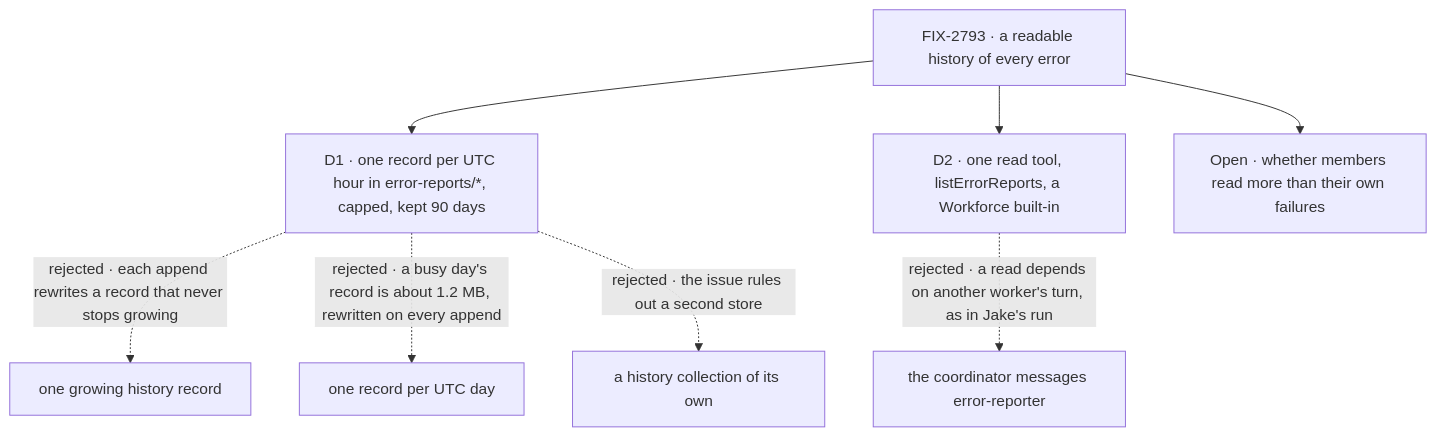
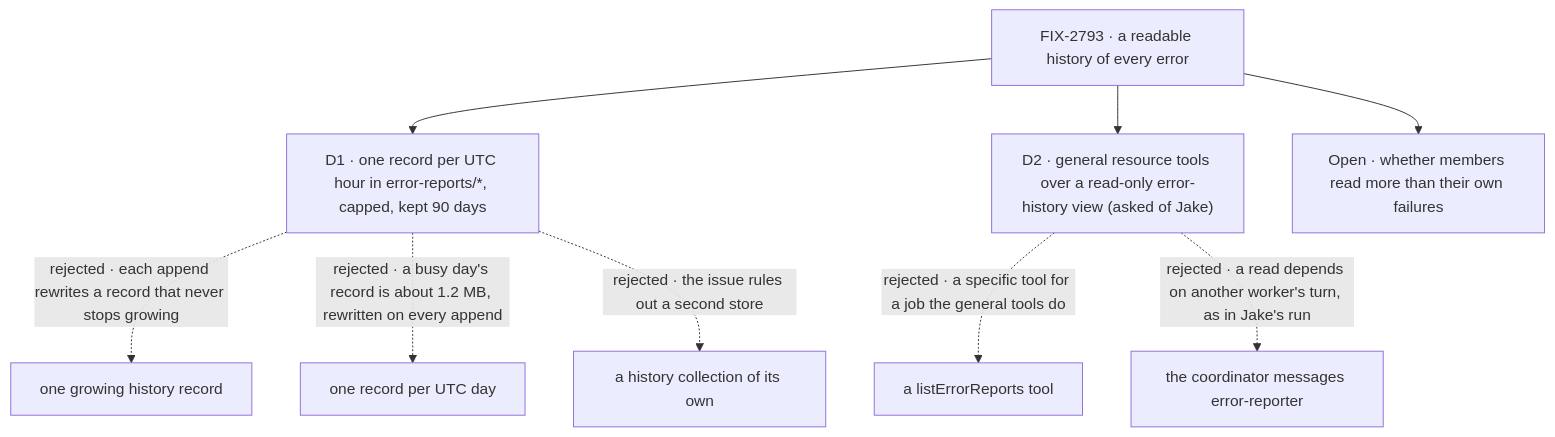
One commit to fixpoint-labs/flow-state-dev changed the diagram in specs/issues/FIX-2793/DECISIONS.md. Above: the diagram before and after it, drawn with Mermaid. The commit also changed other lines of this file and 3 other files, not shown here.

First line of the commit message:
spec(FIX-2793): read the history with general resource tools over a projected view

````diff
--- a/specs/issues/FIX-2793/DECISIONS.md
+++ b/specs/issues/FIX-2793/DECISIONS.md
@@ -12,10 +13,11 @@
 ```mermaid
 flowchart TD
   I["FIX-2793 · a readable history of every error"] --> D1["D1 · one record per UTC hour in error-reports/*, capped, kept 90 days"]
   D1 -.->|"rejected · each append rewrites a record that never stops growing"| X1["one growing history record"]
   D1 -.->|"rejected · a busy day's record is about 1.2 MB, rewritten on every append"| X1c["one record per UTC day"]
   D1 -.->|"rejected · the issue rules out a second store"| X1b["a history collection of its own"]
-  I --> D2["D2 · one read tool, listErrorReports, a Workforce built-in"]
+  I --> D2["D2 · general resource tools over a read-only error-history view (asked of Jake)"]
+  D2 -.->|"rejected · a specific tool for a job the general tools do"| X2a["a listErrorReports tool"]
   D2 -.->|"rejected · a read depends on another worker's turn, as in Jake's run"| X2["the coordinator messages error-reporter"]
   I --> O1["Open · whether members read more than their own failures"]
 ```
````
